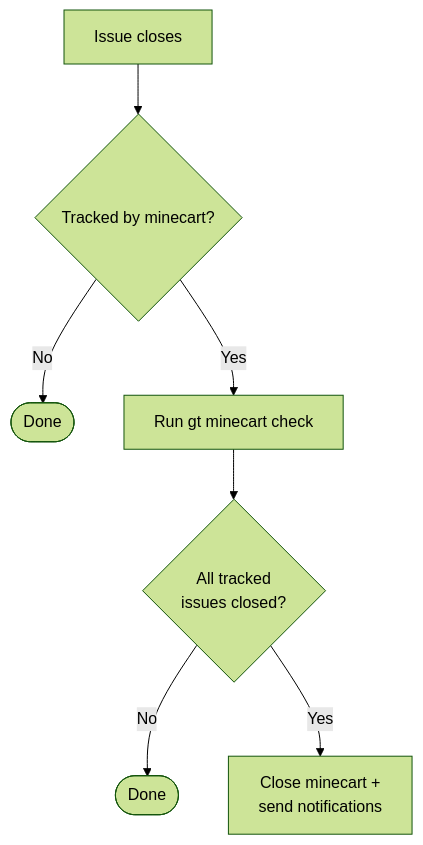
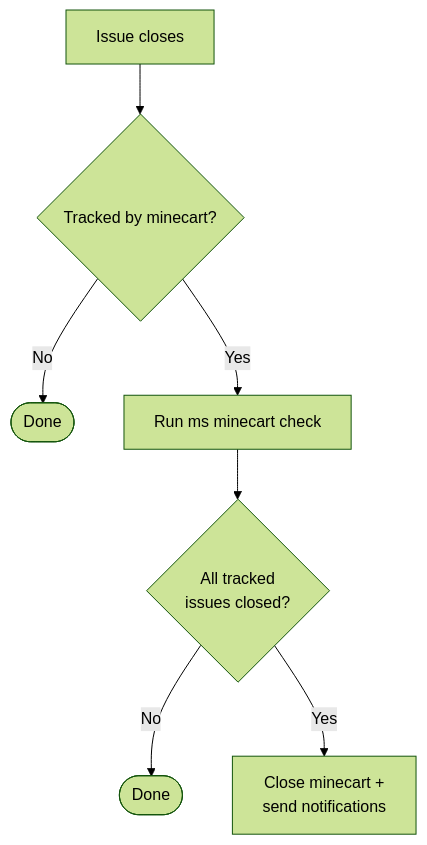
Before and after one commit to Braoden/Mineshaft: the second of 2 diagrams in docs/design/minecart/minecart-lifecycle.md, drawn with Mermaid (forest theme). The commit also changed other lines of this file and 1050 other files, not shown here.

````diff
--- a/docs/design/minecart/minecart-lifecycle.md
+++ b/docs/design/minecart/minecart-lifecycle.md
@@ -206,9 +206,9 @@
 ```mermaid
 flowchart TD
     close["Issue closes"] --> tracked{"Tracked by minecart?"}
     tracked -->|No| done1(["Done"])
-    tracked -->|Yes| check["Run gt minecart check"]
+    tracked -->|Yes| check["Run ms minecart check"]
     check --> all{"All tracked<br/>issues closed?"}
     all -->|No| done2(["Done"])
     all -->|Yes| notify["Close minecart +<br/>send notifications"]
 ```
````
